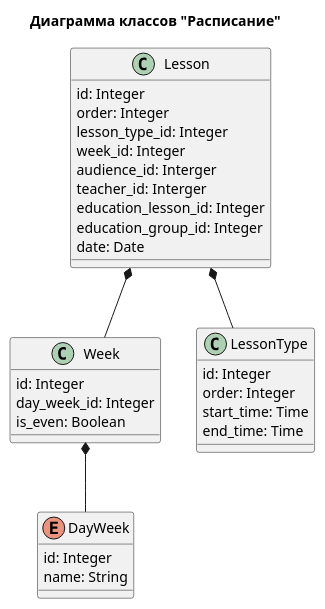
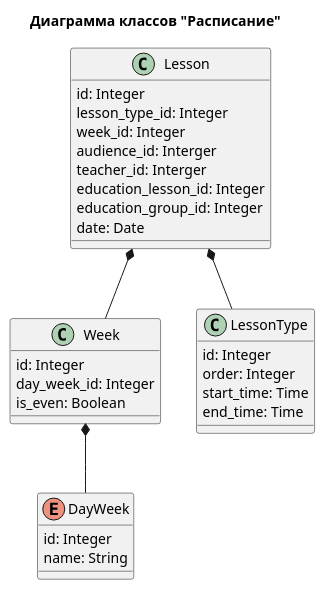
Before and after one commit to kiselevvn/rsue_uml: the diagram in diagrams/source/class/timetable.puml, drawn with PlantUML. The commit also changed 19 other files, not shown here.

```diff
--- a/diagrams/source/class/timetable.puml
+++ b/diagrams/source/class/timetable.puml
@@ -1,43 +1,42 @@
 @startuml timetable
 
 title "Диаграмма классов "Расписание""
 
 enum DayWeek {
     ' День Недели
     id: Integer
     name: String
 }
 
 class Week {
     ' Неделя
     id: Integer
     day_week_id: Integer
     is_even: Boolean
 }
 
 class LessonType {
     ' Тип занятия
     id: Integer
     order: Integer
     start_time: Time
     end_time: Time
 }
 
 class Lesson {
     ' Занятие
     id: Integer
-    order: Integer
     lesson_type_id: Integer
     week_id: Integer
     audience_id: Interger
     teacher_id: Interger
     education_lesson_id: Integer
     education_group_id: Integer
     date: Date
 }
 
 Lesson *-- LessonType
 Lesson *-- Week
 Week *-- DayWeek
 
 @enduml
```
